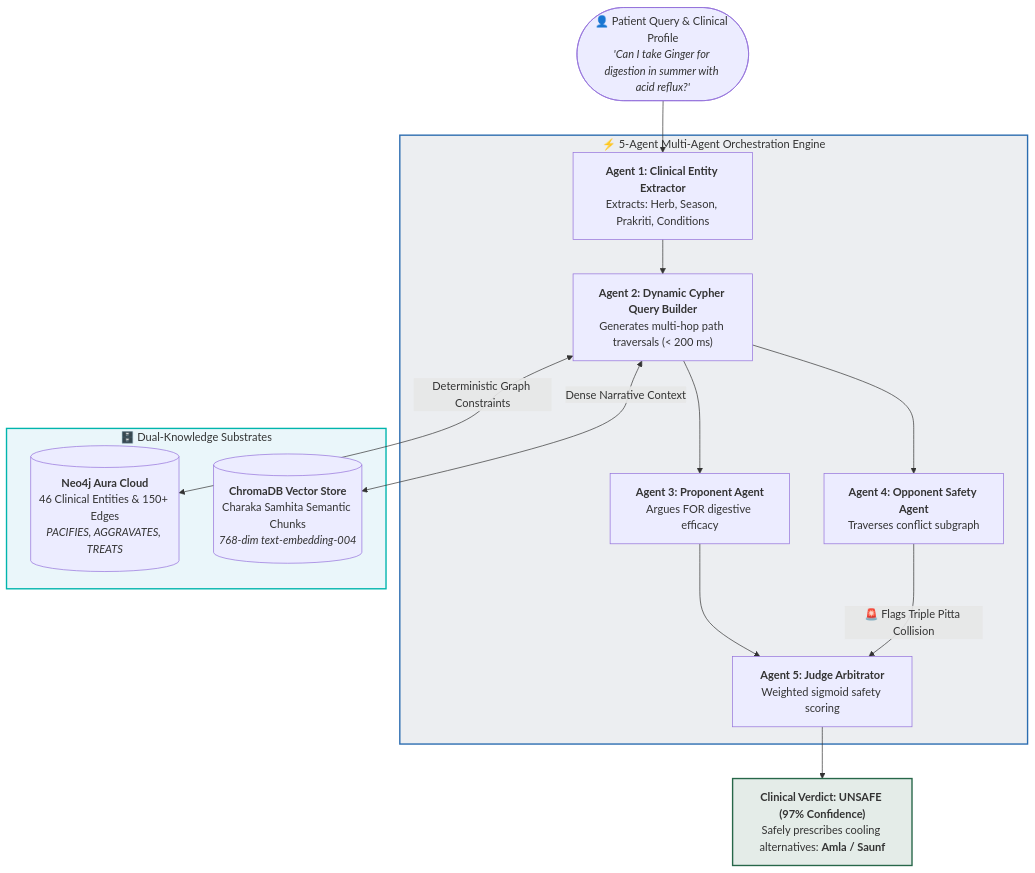
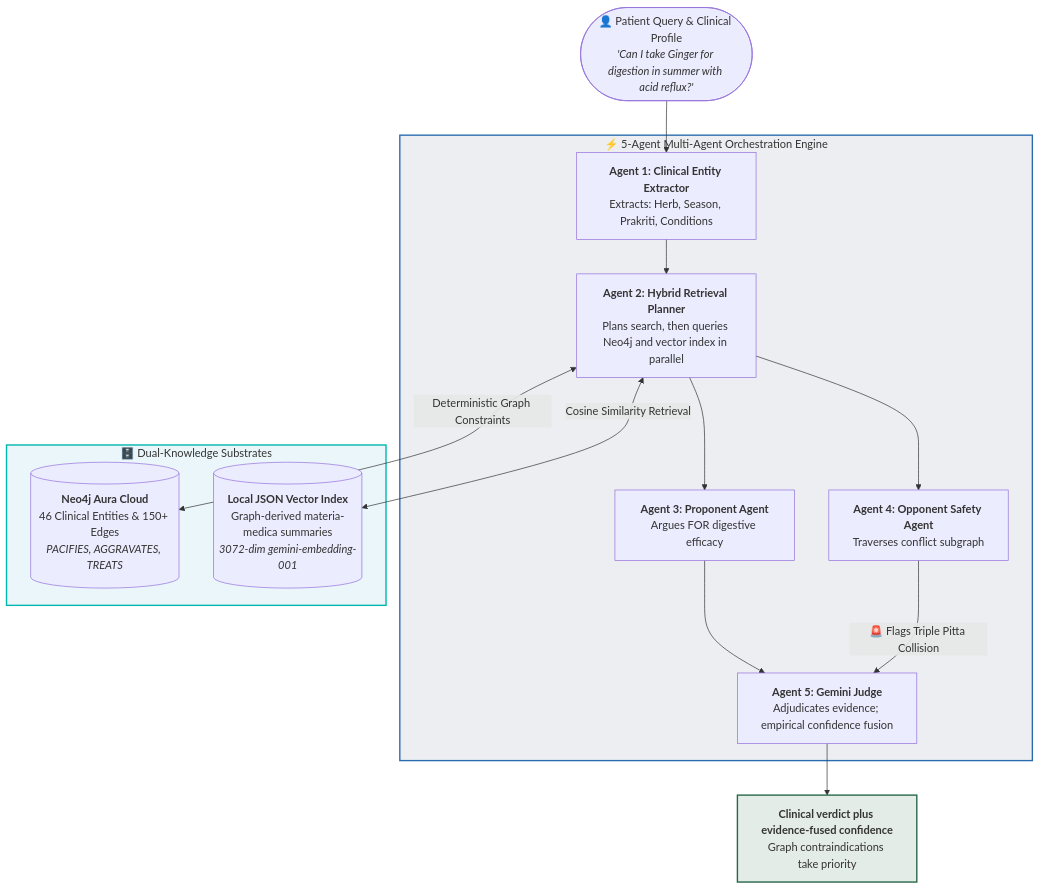
One commit to rahulpoddar798/VedaAI-A-Knowledge-Graph-Augmented-Multi-Agent-RAG-System-for-Trustworthy-Ayurvedic-Health-Guidance changed the diagram in README.md. Above: the diagram before and after it, drawn with Mermaid. The commit also changed other lines of this file and 98 other files, not shown here.

Commit message:
feat: add VedaAI web app and hybrid retrieval pipeline

````diff
--- a/README.md
+++ b/README.md
@@ -56,27 +56,27 @@
 ```mermaid
 flowchart TD
     User(["👤 Patient Query & Clinical Profile<br/><i>'Can I take Ginger for digestion in summer with acid reflux?'</i>"]) --> A1
 
     subgraph MAE ["⚡ 5-Agent Multi-Agent Orchestration Engine"]
         A1["<b>Agent 1: Clinical Entity Extractor</b><br/>Extracts: Herb, Season, Prakriti, Conditions"]
-        A1 --> A2["<b>Agent 2: Dynamic Cypher Query Builder</b><br/>Generates multi-hop path traversals (&lt; 200 ms)"]
+        A1 --> A2["<b>Agent 2: Hybrid Retrieval Planner</b><br/>Plans search, then queries Neo4j and vector index in parallel"]
         A2 --> A3["<b>Agent 3: Proponent Agent</b><br/>Argues FOR digestive efficacy"]
         A2 --> A4["<b>Agent 4: Opponent Safety Agent</b><br/>Traverses conflict subgraph"]
-        A3 --> A5["<b>Agent 5: Judge Arbitrator</b><br/>Weighted sigmoid safety scoring"]
+        A3 --> A5["<b>Agent 5: Gemini Judge</b><br/>Adjudicates evidence; empirical confidence fusion"]
         A4 -->|"🚨 Flags Triple Pitta Collision"| A5
     end
 
     subgraph DKS ["🗄️ Dual-Knowledge Substrates"]
         Neo4j[("<b>Neo4j Aura Cloud</b><br/>46 Clinical Entities &amp; 150+ Edges<br/><i>PACIFIES, AGGRAVATES, TREATS</i>")]
-        Chroma[("<b>ChromaDB Vector Store</b><br/>Charaka Samhita Semantic Chunks<br/><i>768-dim text-embedding-004</i>")]
+        VectorStore[("<b>Local JSON Vector Index</b><br/>Graph-derived materia-medica summaries<br/><i>3072-dim gemini-embedding-001</i>")]
     end
 
     A2 <-->|"Deterministic Graph Constraints"| Neo4j
-    A2 <-->|"Dense Narrative Context"| Chroma
+    A2 <-->|"Cosine Similarity Retrieval"| VectorStore
 
-    A5 --> Verdict["<b>Clinical Verdict: UNSAFE (97% Confidence)</b><br/>Safely prescribes cooling alternatives: <b>Amla / Saunf</b>"]
+    A5 --> Verdict["<b>Clinical verdict plus evidence-fused confidence</b><br/>Graph contraindications take priority"]
 
     style MAE fill:#1A365D15,stroke:#2B6CB0,stroke-width:2px
     style DKS fill:#008CC115,stroke:#00b5ad,stroke-width:2px
     style Verdict fill:#27674920,stroke:#276749,stroke-width:2px
 ```
````
